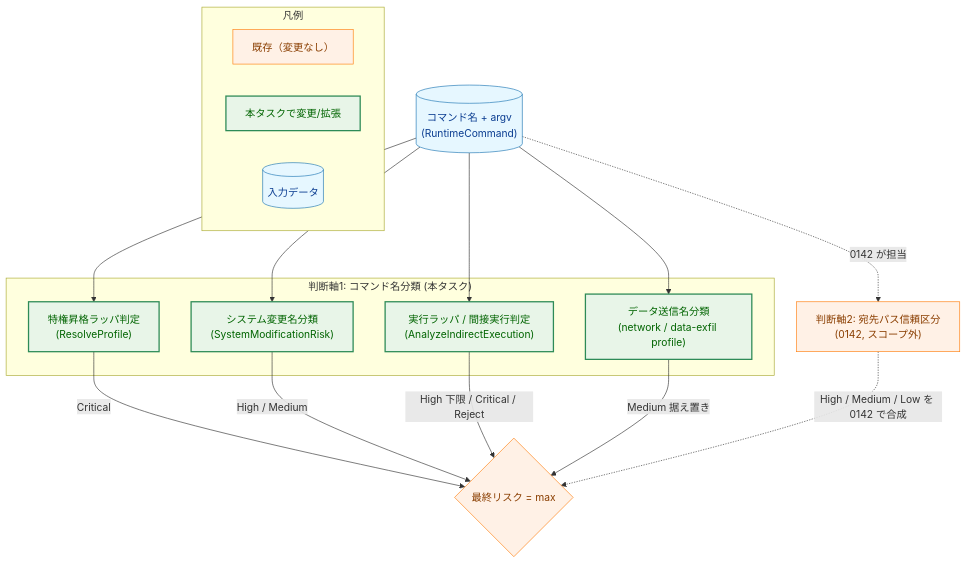
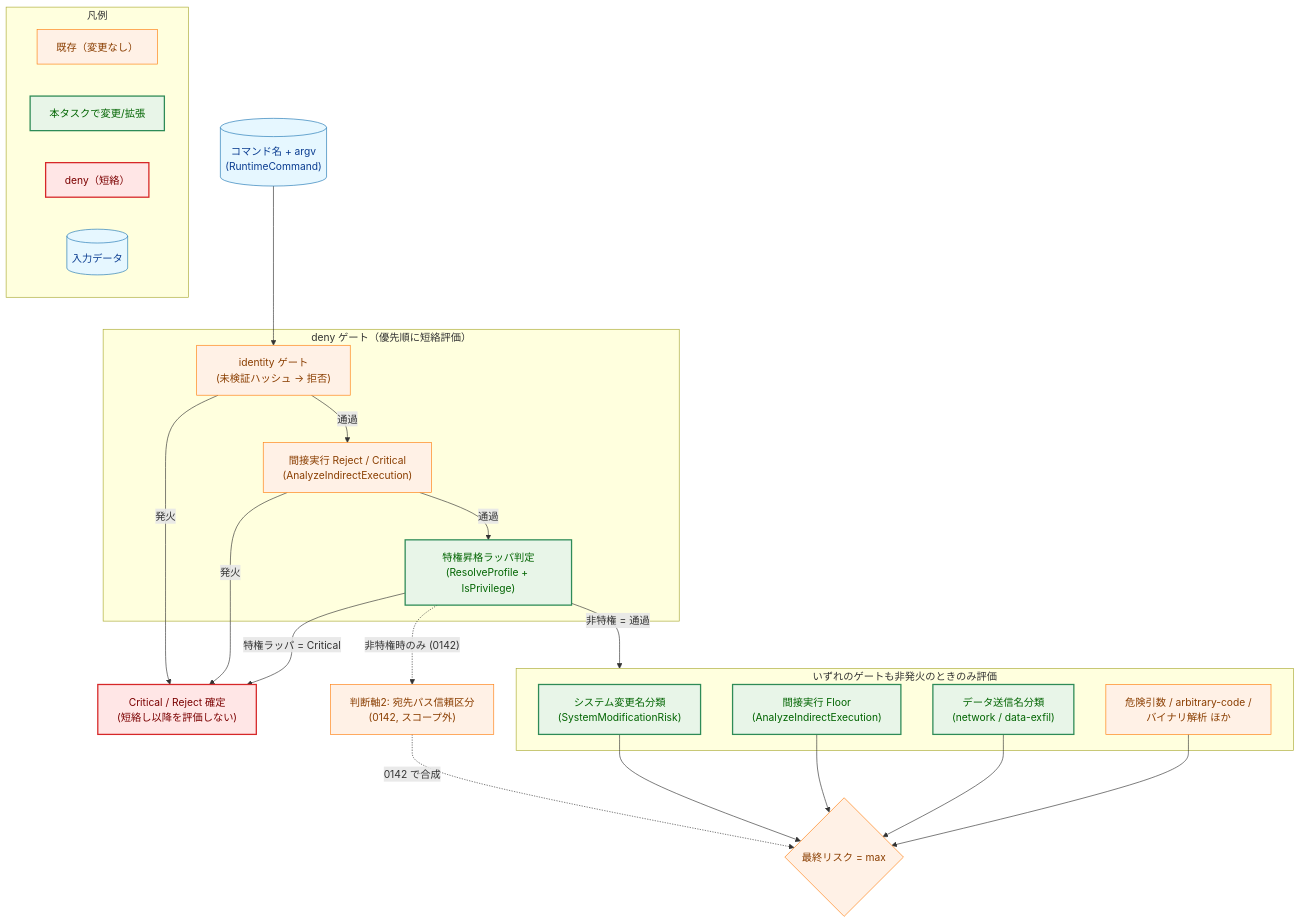
The first of 5 diagrams in docs/tasks/0141_axis1_fixed_class_risk/02_architecture.md (isseis/go-safe-cmd-runner), drawn with Mermaid before and after one commit. The commit also changed other lines of this file, not shown here.

Commit message:
docs(0141): model privilege as a short-circuit deny gate, not a parallel max input
Redraw the §1.2 concept model: evaluation is a deny-gate prologue
(identity -> indirect Reject/Critical -> privilege Critical) that
short-circuits, and only when no gate fires are the remaining dimensions
and axis-2 combined by max. This is faithful to EvaluateRisk (privilege
already short-circuits at rank 3) and makes explicit that a
privilege-escalation wrapper is mutually exclusive with axis-2 (it is not
a file-operation command with a destination path). Level-equivalent to the
old parallel-max picture because Critical is the top of the lattice.
Adjust the §1.1 max-composition wording to match.

````diff
--- a/docs/tasks/0141_axis1_fixed_class_risk/02_architecture.md
+++ b/docs/tasks/0141_axis1_fixed_class_risk/02_architecture.md
@@ -47,44 +51,60 @@
 ```mermaid
 flowchart TD
     classDef data fill:#e6f7ff,stroke:#1f77b4,stroke-width:1px,color:#0b3d91;
     classDef process fill:#fff1e6,stroke:#ff7f0e,stroke-width:1px,color:#8a3e00;
     classDef enhanced fill:#e8f5e8,stroke:#2e8b57,stroke-width:2px,color:#006400;
+    classDef problem fill:#ffe6e6,stroke:#d62728,stroke-width:2px,color:#7b0000;
 
     ARGV[("コマンド名 + argv<br>(RuntimeCommand)")]
 
-    subgraph Axis1["判断軸1: コマンド名分類 (本タスク)"]
-        PRIV["特権昇格ラッパ判定<br>(ResolveProfile)"]
+    subgraph Gates["deny ゲート（優先順に短絡評価）"]
+        IDG["identity ゲート<br>(未検証ハッシュ → 拒否)"]
+        IGATE["間接実行 Reject / Critical<br>(AnalyzeIndirectExecution)"]
+        PRIV["特権昇格ラッパ判定<br>(ResolveProfile + IsPrivilege)"]
+    end
+
+    DENY["Critical / Reject 確定<br>(短絡し以降を評価しない)"]
+
+    subgraph Parallel["いずれのゲートも非発火のときのみ評価"]
         SYS["システム変更名分類<br>(SystemModificationRisk)"]
-        IND["実行ラッパ / 間接実行判定<br>(AnalyzeIndirectExecution)"]
-        NET["データ送信名分類<br>(network / data-exfil profile)"]
+        INDF["間接実行 Floor<br>(AnalyzeIndirectExecution)"]
+        NET["データ送信名分類<br>(network / data-exfil)"]
+        OTH["危険引数 / arbitrary-code /<br>バイナリ解析 ほか"]
     end
 
     AXIS2["判断軸2: 宛先パス信頼区分<br>(0142, スコープ外)"]
+    MAX{"最終リスク = max"}
 
-    ARGV --> PRIV
-    ARGV --> SYS
-    ARGV --> IND
-    ARGV --> NET
-    ARGV -.->|"0142 が担当"| AXIS2
+    ARGV --> IDG
+    IDG -->|"発火"| DENY
+    IDG -->|"通過"| IGATE
+    IGATE -->|"発火"| DENY
+    IGATE -->|"通過"| PRIV
+    PRIV -->|"特権ラッパ = Critical"| DENY
+    PRIV -->|"非特権 = 通過"| Parallel
+    PRIV -.->|"非特権時のみ (0142)"| AXIS2
 
-    PRIV -->|"Critical"| MAX{"最終リスク = max"}
-    SYS -->|"High / Medium"| MAX
-    IND -->|"High 下限 / Critical / Reject"| MAX
-    NET -->|"Medium 据え置き"| MAX
-    AXIS2 -.->|"High / Medium / Low を 0142 で合成"| MAX
+    SYS --> MAX
+    INDF --> MAX
+    NET --> MAX
+    OTH --> MAX
+    AXIS2 -.->|"0142 で合成"| MAX
 
     class ARGV data
-    class PRIV,SYS,IND,NET enhanced
-    class AXIS2 process
+    class IDG,IGATE,OTH,AXIS2 process
+    class PRIV,SYS,INDF,NET enhanced
+    class DENY problem
     class MAX process
 
     %% Legend
     subgraph Legend["凡例"]
         L1["既存（変更なし）"]
         L2["本タスクで変更/拡張"]
-        L3[("入力データ")]
+        L3["deny（短絡）"]
+        L4[("入力データ")]
     end
     class L1 process
     class L2 enhanced
-    class L3 data
+    class L3 problem
+    class L4 data
 ```
````
